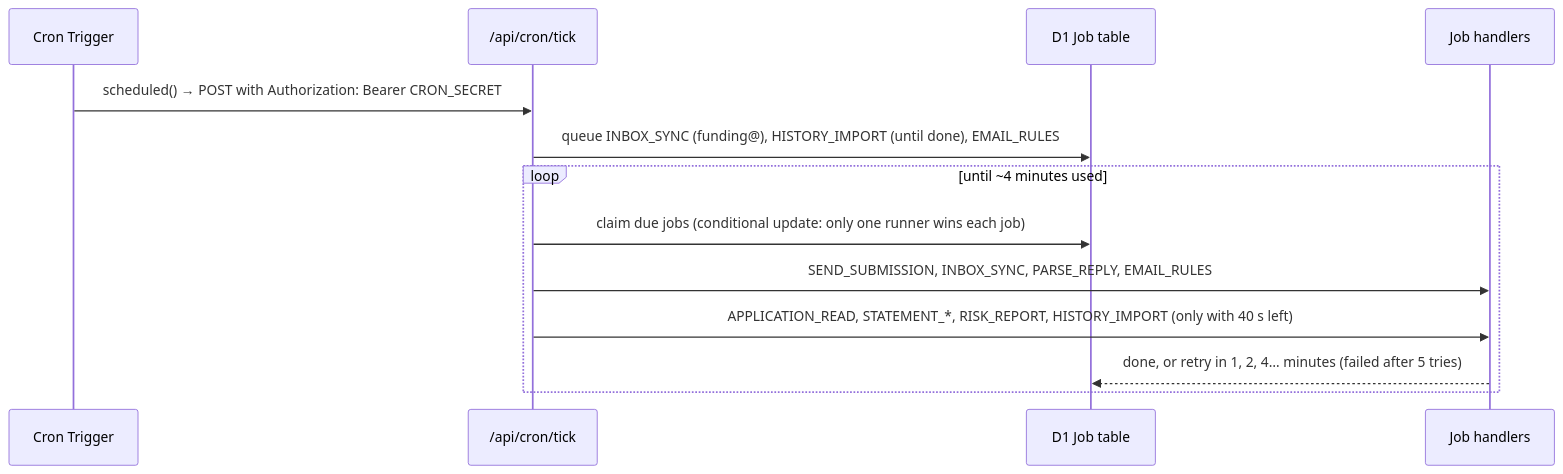
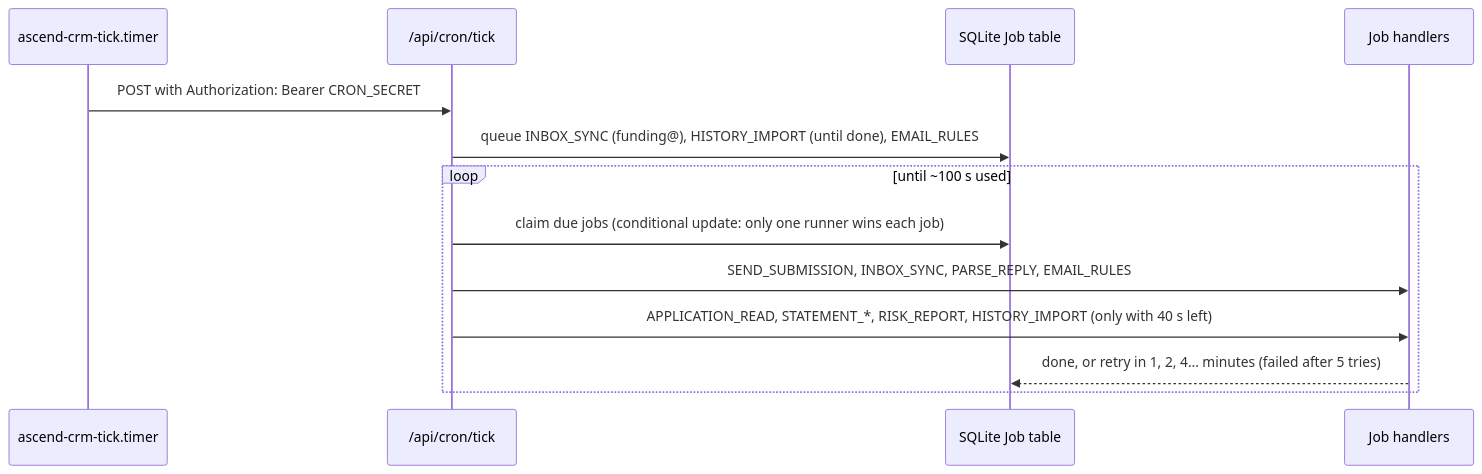
Before and after one commit to dewil95/tutos1: the seventh of 10 diagrams in docs/ARCHITECTURE.md, drawn with Mermaid. The commit also changed other lines of this file and 51 other files, not shown here.

````diff
--- a/docs/ARCHITECTURE.md
+++ b/docs/ARCHITECTURE.md
@@ -145,15 +152,15 @@
 ```mermaid
 sequenceDiagram
-  participant C as Cron Trigger
+  participant C as ascend-crm-tick.timer
   participant T as /api/cron/tick
-  participant DB as D1 Job table
+  participant DB as SQLite Job table
   participant H as Job handlers
-  C->>T: scheduled() → POST with Authorization: Bearer CRON_SECRET
+  C->>T: POST with Authorization: Bearer CRON_SECRET
   T->>DB: queue INBOX_SYNC (funding@), HISTORY_IMPORT (until done), EMAIL_RULES
-  loop until ~4 minutes used
+  loop until ~100 s used
     T->>DB: claim due jobs (conditional update: only one runner wins each job)
     T->>H: SEND_SUBMISSION, INBOX_SYNC, PARSE_REPLY, EMAIL_RULES
     T->>H: APPLICATION_READ, STATEMENT_*, RISK_REPORT, HISTORY_IMPORT (only with 40 s left)
     H-->>DB: done, or retry in 1, 2, 4… minutes (failed after 5 tries)
   end
 ```
````
